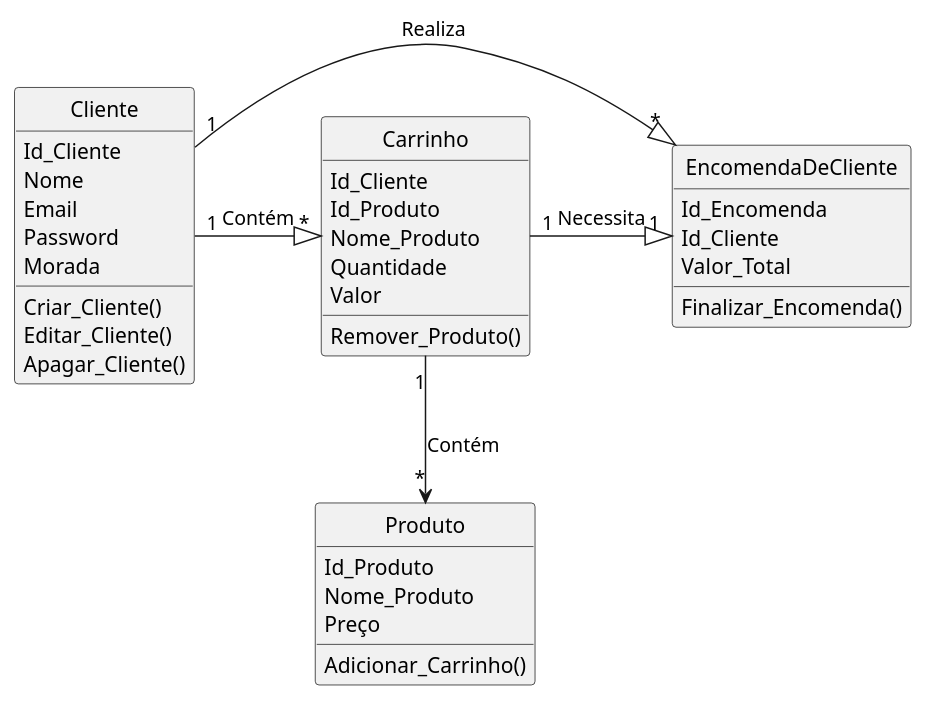
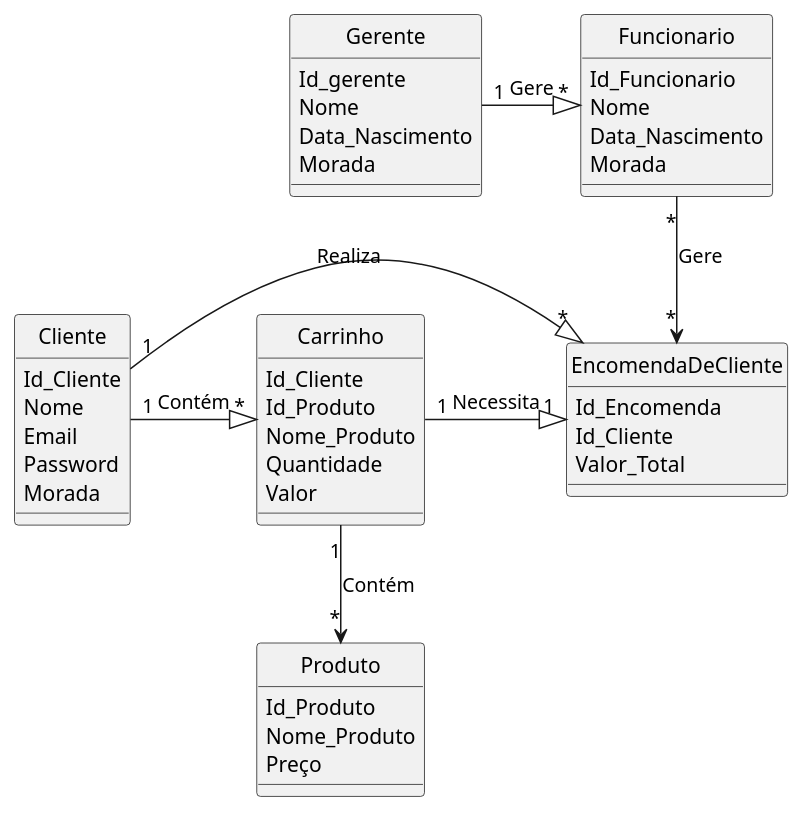
Before and after one commit to Fernandowgp/fsoft2024_1DC_3: the diagram in Modelo de Dominio/modelo_dominio.puml, drawn with PlantUML.

Commit message:
Modelo Dominio

```diff
--- a/Modelo de Dominio/modelo_dominio.puml
+++ b/Modelo de Dominio/modelo_dominio.puml
@@ -1,45 +1,55 @@
 @startuml
 'https://plantuml.com/sequence-diagram
 hide circles
 
 class Cliente{
 Id_Cliente
 Nome
 Email
 Password
 Morada
 
-Criar_Cliente()
-Editar_Cliente()
-Apagar_Cliente()
 }
 class Carrinho{
 Id_Cliente
 Id_Produto
 Nome_Produto
 Quantidade
 Valor
 
-Remover_Produto()
 }
 class EncomendaDeCliente{
 Id_Encomenda
 Id_Cliente
 Valor_Total
 
-Finalizar_Encomenda()
 }
 class Produto{
 Id_Produto
 Nome_Produto
 Preço
 
-Adicionar_Carrinho()
+}
+class Funcionario{
+
+Id_Funcionario
+Nome
+Data_Nascimento
+Morada
 }
 
+class Gerente{
 
+Id_gerente
+Nome
+Data_Nascimento
+Morada
+
+}
+Gerente "1" -|> "*" Funcionario : Gere
+Funcionario "*" --> "*" EncomendaDeCliente : Gere
 Cliente "1"-|> "*"Carrinho : Contém
 Cliente "1"-|> "*" EncomendaDeCliente : Realiza
 Carrinho "1"-|> "1" EncomendaDeCliente : Necessita
 Carrinho "1"--> "*" Produto : Contém
 @enduml
```
